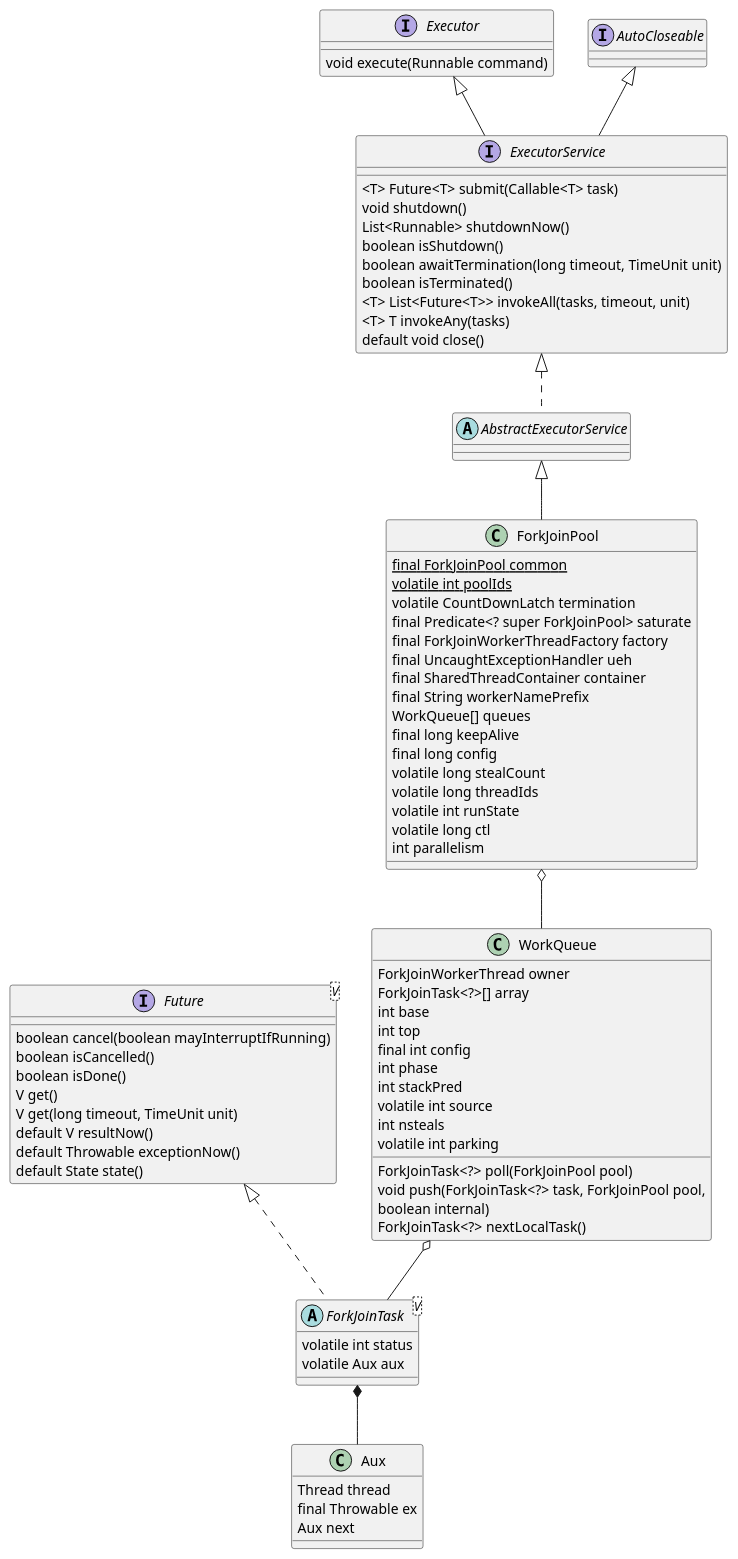
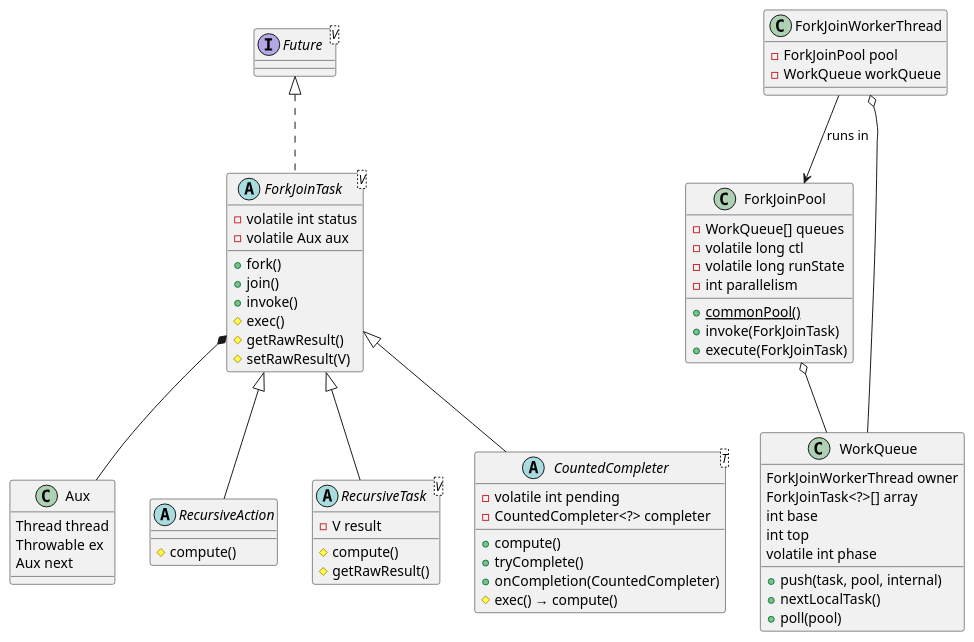
One commit to kevinwang930/kevinwang930.github.io changed the first of 4 diagrams in content/post/java/concurrency/fork-join-framework.md. Above: the diagram before and after it, drawn with PlantUML. The commit also changed other lines of this file and 1 other file, not shown here.

Commit message:
forkJoin

````diff
--- a/content/post/java/concurrency/fork-join-framework.md
+++ b/content/post/java/concurrency/fork-join-framework.md
@@ -60,79 +83,76 @@
 ```plantuml
+@startuml
+interface "Future<V>" as Future
 
-interface Future<V> {
-    boolean cancel(boolean mayInterruptIfRunning)
-    boolean isCancelled()
-    boolean isDone()
-    V get() 
-    V get(long timeout, TimeUnit unit)
-    default V resultNow() 
-    default Throwable exceptionNow()
-    default State state()
+abstract class "ForkJoinTask<V>" as FJT implements Future {
+    - volatile int status
+    - volatile Aux aux
+    + fork()
+    + join()
+    + invoke()
+    # exec()
+    # getRawResult()
+    # setRawResult(V)
 }
 
-abstract class ForkJoinTask<V> implements Future {
-    volatile int status
-    volatile Aux aux
+class "Aux" as Aux {
+    Thread thread
+    Throwable ex
+    Aux next
 }
 
- class Aux {
-    Thread thread
-    final Throwable ex
-    Aux next
- }
-interface Executor {
-    void execute(Runnable command)
+abstract class "RecursiveAction" as RA {
+    # compute()
 }
-interface ExecutorService extends Executor, AutoCloseable {
-    <T> Future<T> submit(Callable<T> task)
-    void shutdown()
-    List<Runnable> shutdownNow()
-    boolean isShutdown()
-    boolean awaitTermination(long timeout, TimeUnit unit)
-    boolean isTerminated()
-    <T> List<Future<T>> invokeAll(tasks, timeout, unit)
-    <T> T invokeAny(tasks)
-    default void close()
+
+abstract class "RecursiveTask<V>" as RT {
+    - V result
+    # compute()
+    # getRawResult()
 }
-abstract class AbstractExecutorService implements ExecutorService
-class ForkJoinPool extends AbstractExecutorService {
-    {static} final ForkJoinPool common
-    {static} volatile int poolIds
-    volatile CountDownLatch termination
-    final Predicate<? super ForkJoinPool> saturate
-    final ForkJoinWorkerThreadFactory factory
-    final UncaughtExceptionHandler ueh
-    final SharedThreadContainer container
-    final String workerNamePrefix
-    WorkQueue[] queues                
-    final long keepAlive                
-    final long config        
-    volatile long stealCount       
-    volatile long threadIds
-    volatile int runState
-    volatile long ctl
-    int parallelism
- }
 
- class WorkQueue {
+abstract class "CountedCompleter<T>" as CC {
+    - volatile int pending
+    - CountedCompleter<?> completer
+    + compute()
+    + tryComplete()
+    + onCompletion(CountedCompleter)
+    # exec() → compute()
+}
+
+class "ForkJoinPool" as FJP {
+    + {static} commonPool()
+    - WorkQueue[] queues
+    - volatile long ctl
+    - volatile long runState
+    - int parallelism
+    + invoke(ForkJoinTask)
+    + execute(ForkJoinTask)
+}
+
+class "ForkJoinWorkerThread" as FJWT {
+    - ForkJoinPool pool
+    - WorkQueue workQueue
+}
+
+class "WorkQueue" as WQ {
     ForkJoinWorkerThread owner
     ForkJoinTask<?>[] array
     int base
-    int top 
-    final int config
-    int phase
-    int stackPred
-    volatile int source
-    int nsteals
-    volatile int parking
+    int top
+    volatile int phase
+    + push(task, pool, internal)
+    + nextLocalTask()
+    + poll(pool)
+}
 
-    ForkJoinTask<?> poll(ForkJoinPool pool)
-    void push(ForkJoinTask<?> task, ForkJoinPool pool,
-                        boolean internal)
-    ForkJoinTask<?> nextLocalTask()
- }
+FJT *-- Aux
+FJT <|-- RA
+FJT <|-- RT
+FJT <|-- CC
 
- ForkJoinPool o-- WorkQueue
- WorkQueue o-- ForkJoinTask
-ForkJoinTask *-- Aux
+FJP o-- WQ
+FJWT o-- WQ
+FJWT --> FJP : runs in
+@enduml
 ```
````
